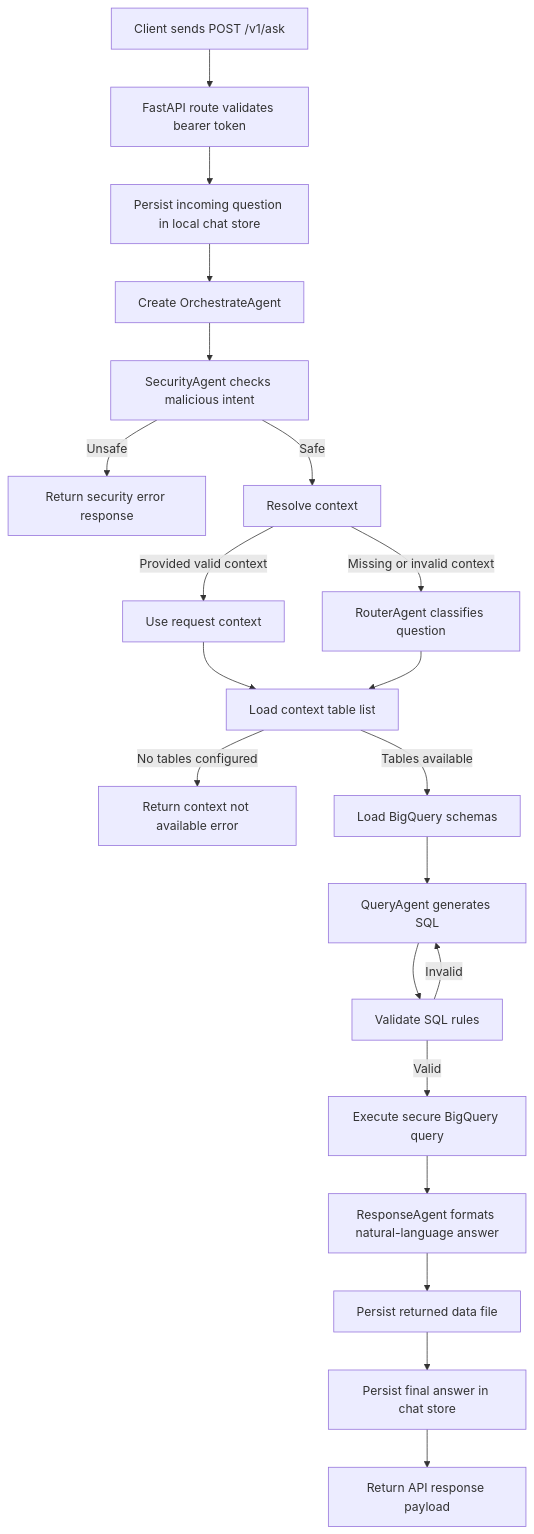
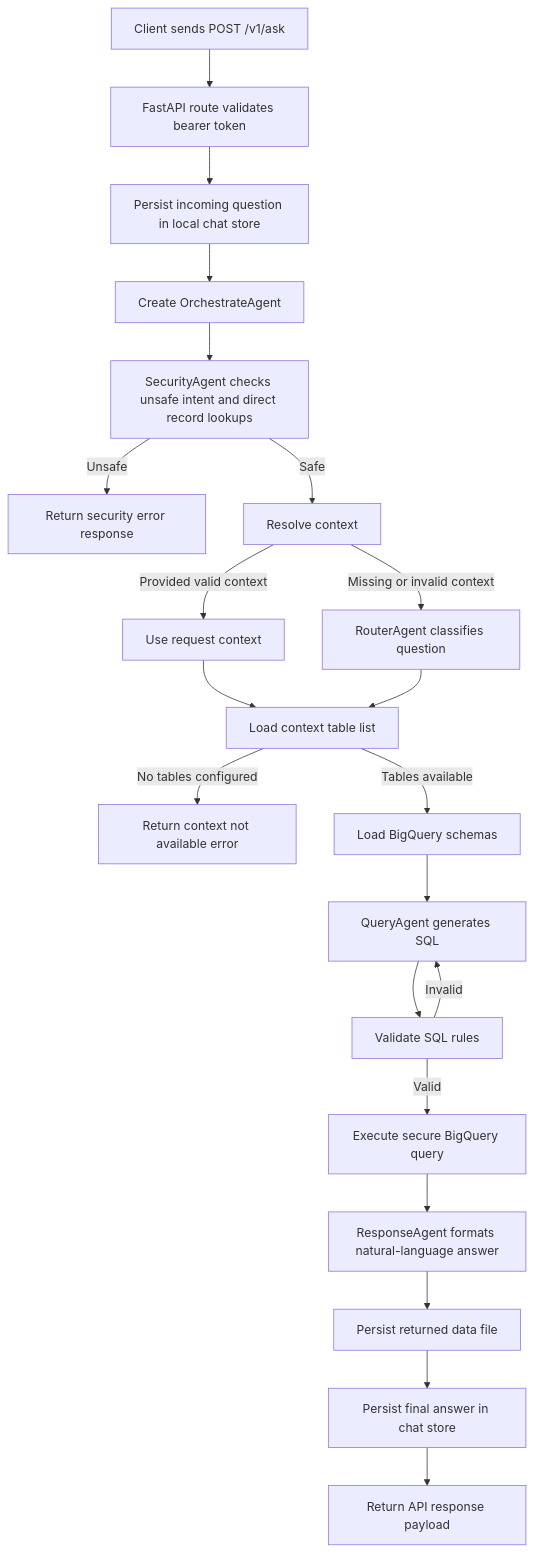
One commit to ManuelVenturaNeto/Agent-IA-Gemini-Bigquery changed the first of 2 diagrams in backend/README.md. Above: the diagram before and after it, drawn with Mermaid. The commit also changed other lines of this file and 25 other files, not shown here.

````diff
--- a/backend/README.md
+++ b/backend/README.md
@@ -99,23 +116,23 @@
 ```mermaid
 flowchart TD
     A[Client sends POST /v1/ask] --> B[FastAPI route validates bearer token]
     B --> C[Persist incoming question in local chat store]
     C --> D[Create OrchestrateAgent]
-    D --> E[SecurityAgent checks malicious intent]
+    D --> E[SecurityAgent checks unsafe intent and direct record lookups]
     E -->|Unsafe| F[Return security error response]
     E -->|Safe| G[Resolve context]
     G -->|Provided valid context| H[Use request context]
     G -->|Missing or invalid context| I[RouterAgent classifies question]
     H --> J[Load context table list]
     I --> J
     J -->|No tables configured| K[Return context not available error]
     J -->|Tables available| L[Load BigQuery schemas]
     L --> M[QueryAgent generates SQL]
     M --> N[Validate SQL rules]
     N -->|Invalid| M
     N -->|Valid| O[Execute secure BigQuery query]
     O --> P[ResponseAgent formats natural-language answer]
     P --> Q[Persist returned data file]
     Q --> R[Persist final answer in chat store]
     R --> S[Return API response payload]
 ```
````
